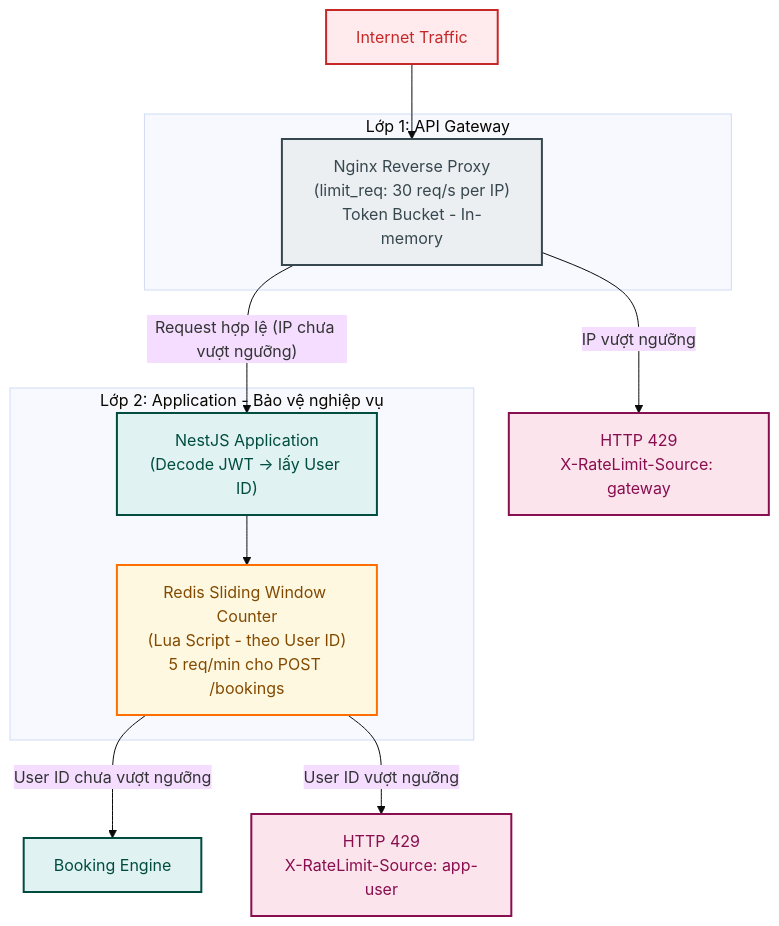
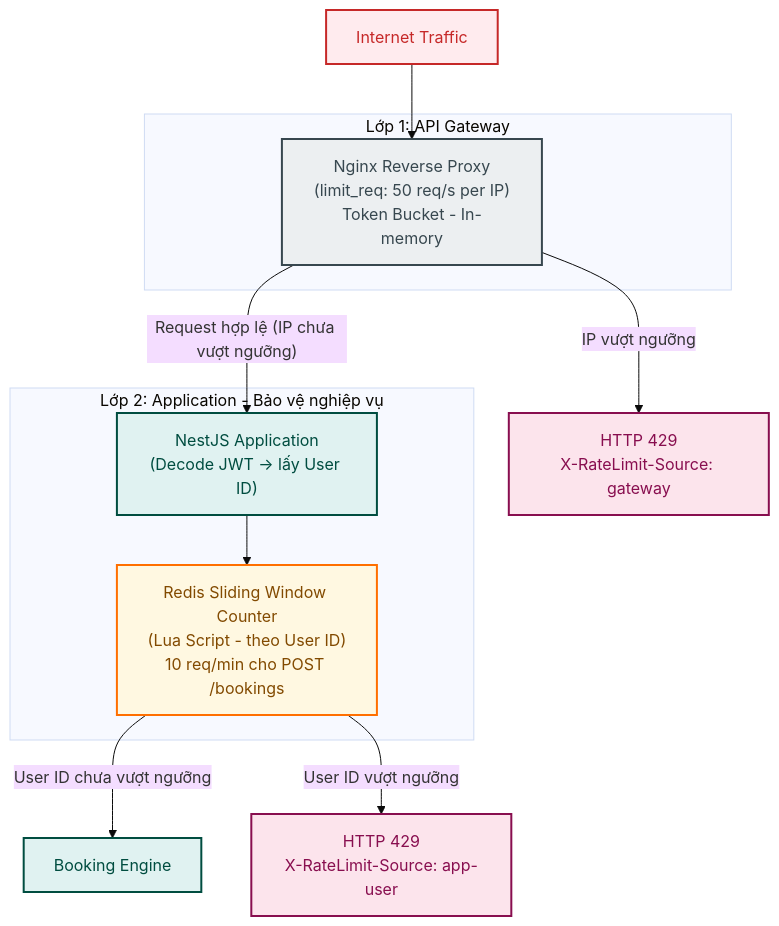
One commit to thuytranj/TicketBox changed the sixth of 15 diagrams in docs/design.md. Above: the diagram before and after it, drawn with Mermaid (base theme). The commit also changed other lines of this file and 14 other files, not shown here.

Commit message:
feat(be): implement Redis-based sliding window rate limiting for booking and payment endpoints

````diff
--- a/docs/design.md
+++ b/docs/design.md
@@ -884,27 +884,27 @@
 ```mermaid
 flowchart TD
     classDef internet fill:#ffebee,stroke:#c62828,stroke-width:2px,color:#c62828;
     classDef gateway fill:#eceff1,stroke:#37474f,stroke-width:2px,color:#37474f;
     classDef app fill:#e0f2f1,stroke:#004d40,stroke-width:2px,color:#004d40;
     classDef db fill:#fff8e1,stroke:#ff6f00,stroke-width:2px,color:#824a00;
     classDef reject fill:#fce4ec,stroke:#880e4f,stroke-width:2px,color:#880e4f;
 
     Internet["Internet Traffic"]:::internet
     Internet --> Nginx
 
     subgraph Layer1["Lớp 1: API Gateway"]
-        Nginx["Nginx Reverse Proxy<br/>(limit_req: 30 req/s per IP)<br/>Token Bucket - In-memory"]:::gateway
+        Nginx["Nginx Reverse Proxy<br/>(limit_req: 50 req/s per IP)<br/>Token Bucket - In-memory"]:::gateway
     end
 
     Nginx -->|"Request hợp lệ (IP chưa vượt ngưỡng)"| NestJS
     Nginx -->|"IP vượt ngưỡng"| Reject1["HTTP 429<br/>X-RateLimit-Source: gateway"]:::reject
 
     subgraph Layer2["Lớp 2: Application - Bảo vệ nghiệp vụ"]
         NestJS["NestJS Application<br/>(Decode JWT -> lấy User ID)"]:::app
-        SlidingWindow["Redis Sliding Window Counter<br/>(Lua Script - theo User ID)<br/>5 req/min cho POST /bookings"]:::db
+        SlidingWindow["Redis Sliding Window Counter<br/>(Lua Script - theo User ID)<br/>10 req/min cho POST /bookings"]:::db
     end
 
     NestJS --> SlidingWindow
     SlidingWindow -->|"User ID chưa vượt ngưỡng"| BookingEngine["Booking Engine"]:::app
     SlidingWindow -->|"User ID vượt ngưỡng"| Reject2["HTTP 429<br/>X-RateLimit-Source: app-user"]:::reject
 ```
````
